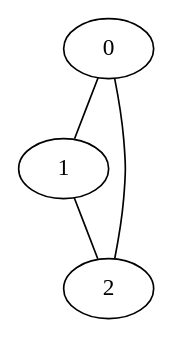
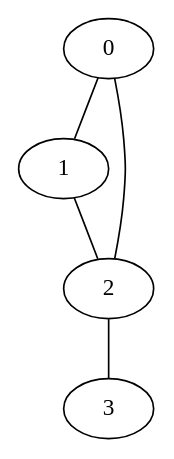
Before and after one commit to JacobLMiller/hyperbolic-space-graphs: the diagram in jsCanvas/graphs/test.dot, drawn with Graphviz. The commit also changed 58 other files, not shown here.

```diff
--- a/jsCanvas/graphs/test.dot
+++ b/jsCanvas/graphs/test.dot
@@ -1,8 +1,10 @@
 graph {
-  "0";
-  "1";
-  "2";
+  "0"[pos="10,10"];
+  "1"[pos="0,2"];
+  "2"[pos="22,13"];
+  "3"[pos="13,22"];
   "0" -- "1";
   "0" -- "2";
   "1" -- "2";
+  "2" -- "3"
 }
```
